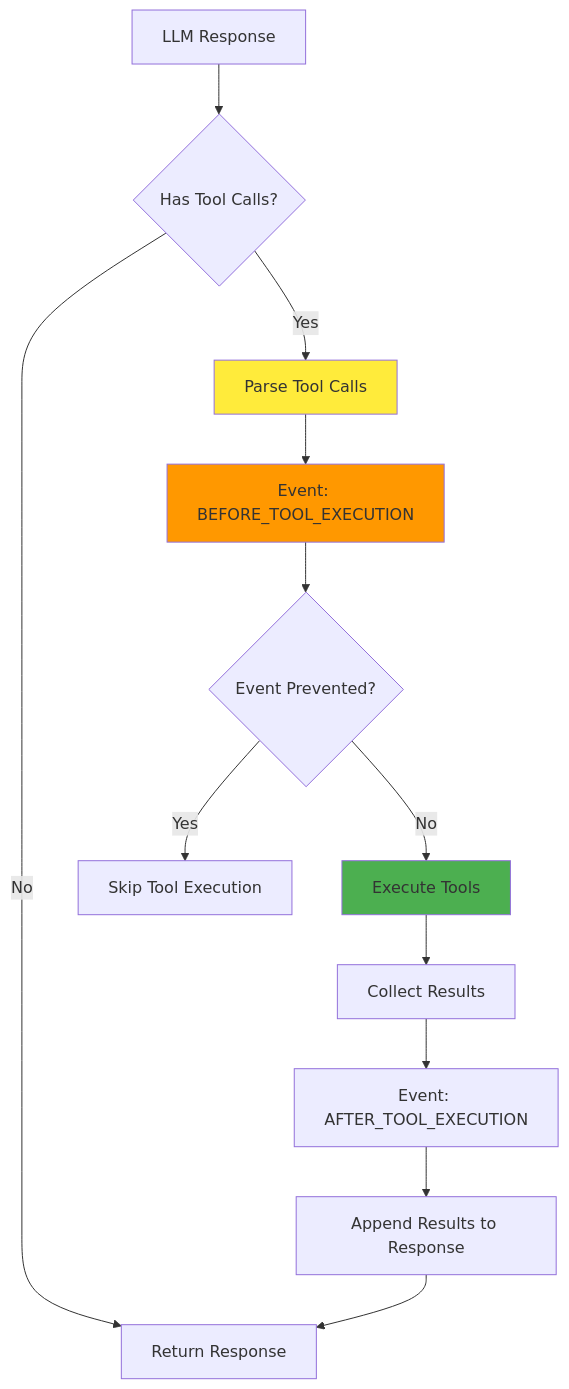
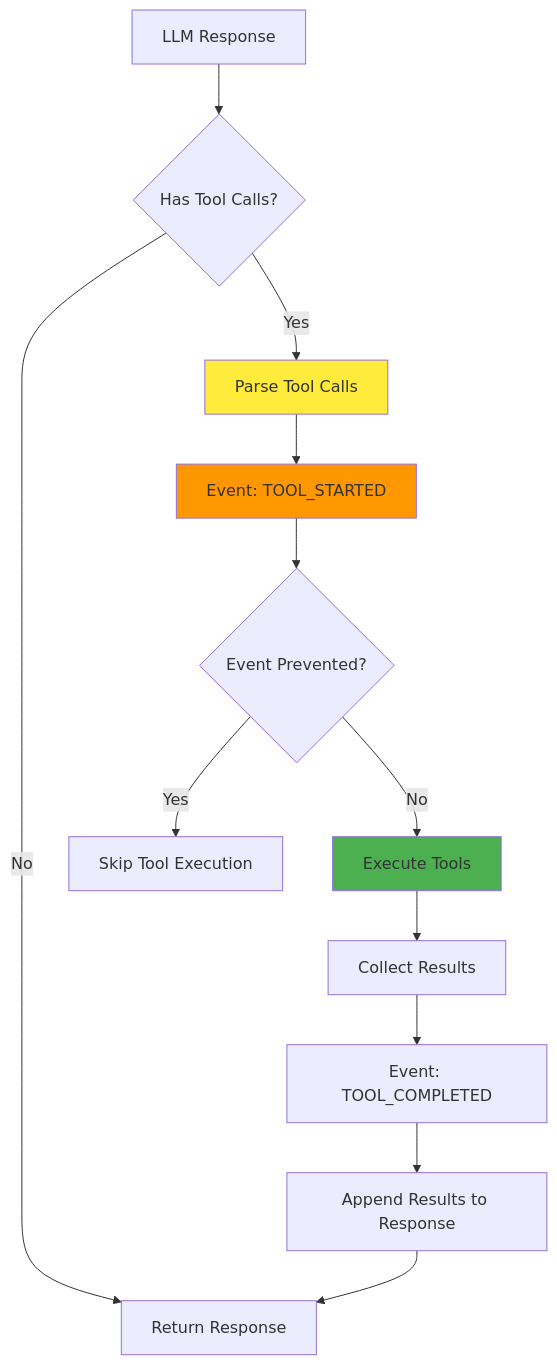
One commit to lpalbou/AbstractCore changed the fourth of 12 diagrams in docs/architecture.md. Above: the diagram before and after it, drawn with Mermaid. The commit also changed other lines of this file and 4 other files, not shown here.

````diff
--- a/docs/architecture.md
+++ b/docs/architecture.md
@@ -170,18 +170,18 @@
 ```mermaid
 graph TD
     A[LLM Response] --> B{Has Tool Calls?}
     B -->|No| C[Return Response]
     B -->|Yes| D[Parse Tool Calls]
-    D --> E[Event: BEFORE_TOOL_EXECUTION]
+    D --> E[Event: TOOL_STARTED]
     E --> F{Event Prevented?}
     F -->|Yes| G[Skip Tool Execution]
     F -->|No| H[Execute Tools]
     H --> I[Collect Results]
-    I --> J[Event: AFTER_TOOL_EXECUTION]
+    I --> J[Event: TOOL_COMPLETED]
     J --> K[Append Results to Response]
     K --> C
 
     style D fill:#ffeb3b
     style H fill:#4caf50
     style E fill:#ff9800
 ```
````
